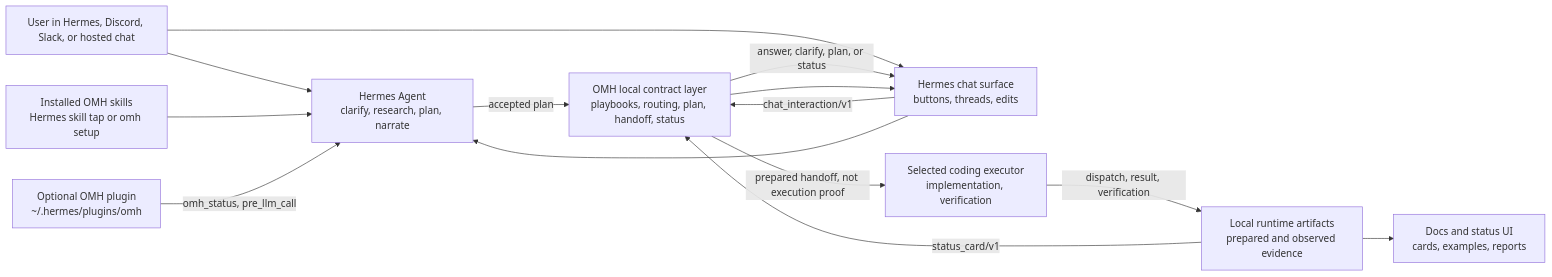
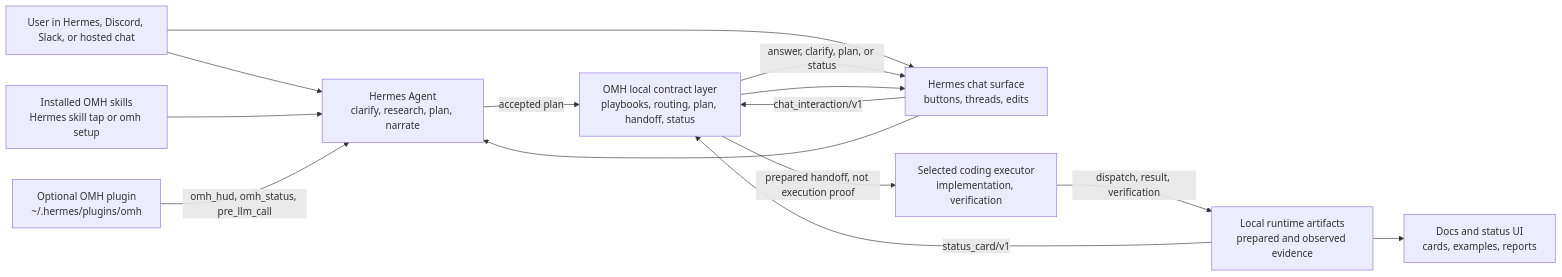
One commit to rlaope/oh-my-hermes-agent changed the diagram in docs/ARCHITECTURE.md. Above: the diagram before and after it, drawn with Mermaid. The commit also changed other lines of this file and 15 other files, not shown here.

First line of the commit message:
Add OMH HUD bridge

````diff
--- a/docs/ARCHITECTURE.md
+++ b/docs/ARCHITECTURE.md
@@ -30,26 +30,26 @@
 ```mermaid
 flowchart LR
   user["User in Hermes, Discord, Slack, or hosted chat"]
   skills["Installed OMH skills\nHermes skill tap or omh setup"]
   plugin["Optional OMH plugin\n~/.hermes/plugins/omh"]
   wrapper["Hermes chat surface\nbuttons, threads, edits"]
   omh["OMH local contract layer\nplaybooks, routing, plan, handoff, status"]
   hermes["Hermes Agent\nclarify, research, plan, narrate"]
   executor["Selected coding executor\nimplementation, verification"]
   runtime["Local runtime artifacts\nprepared and observed evidence"]
   site["Docs and status UI\ncards, examples, reports"]
 
   user --> hermes
   skills --> hermes
-  plugin -->|"omh_status, pre_llm_call"| hermes
+  plugin -->|"omh_hud, omh_status, pre_llm_call"| hermes
   user --> wrapper
   wrapper -->|"chat_interaction/v1"| omh
   omh -->|"answer, clarify, plan, or status"| wrapper
   wrapper --> hermes
   hermes -->|"accepted plan"| omh
   omh -->|"prepared handoff, not execution proof"| executor
   executor -->|"dispatch, result, verification"| runtime
   runtime -->|"status_card/v1"| omh
   omh --> wrapper
   runtime --> site
 ```
````
